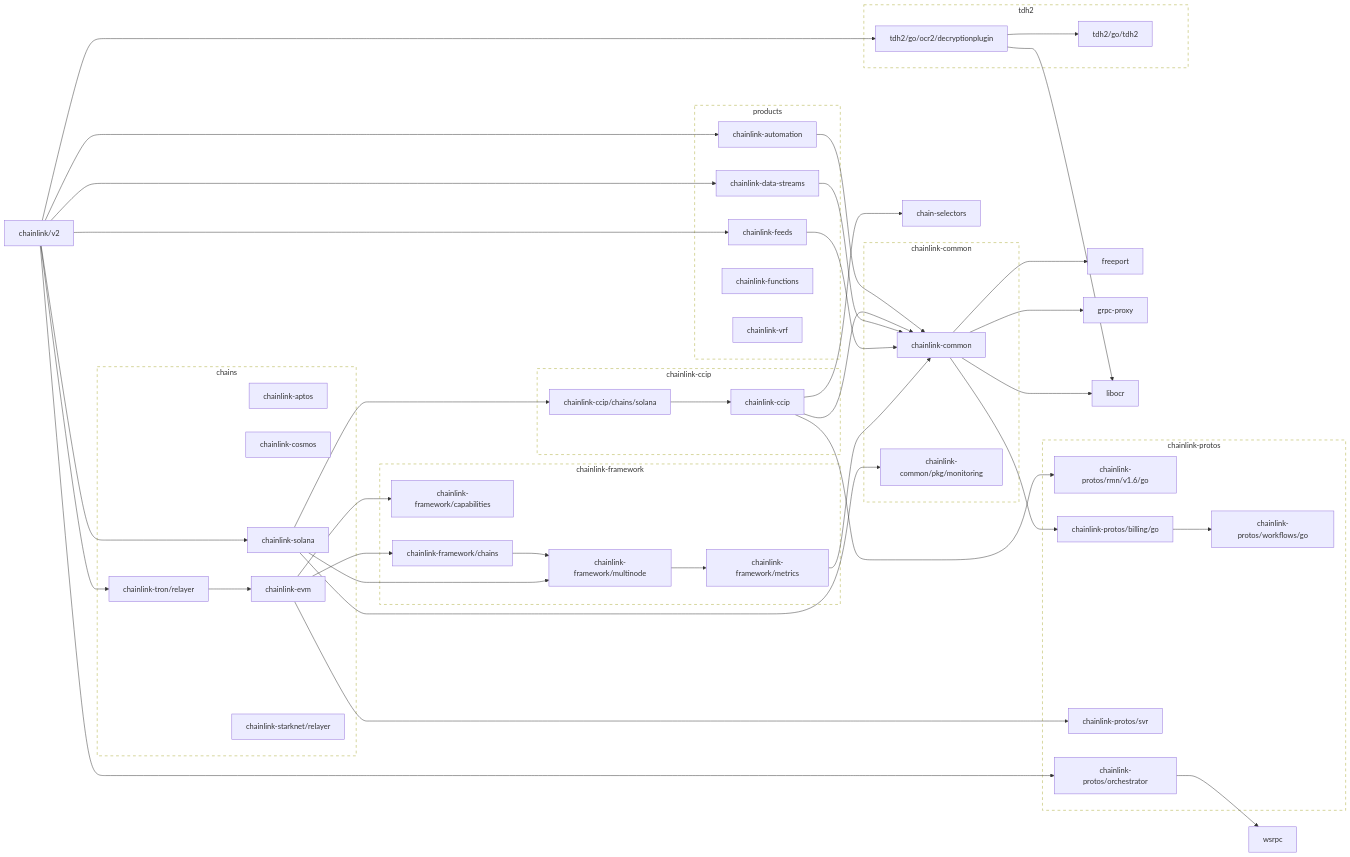
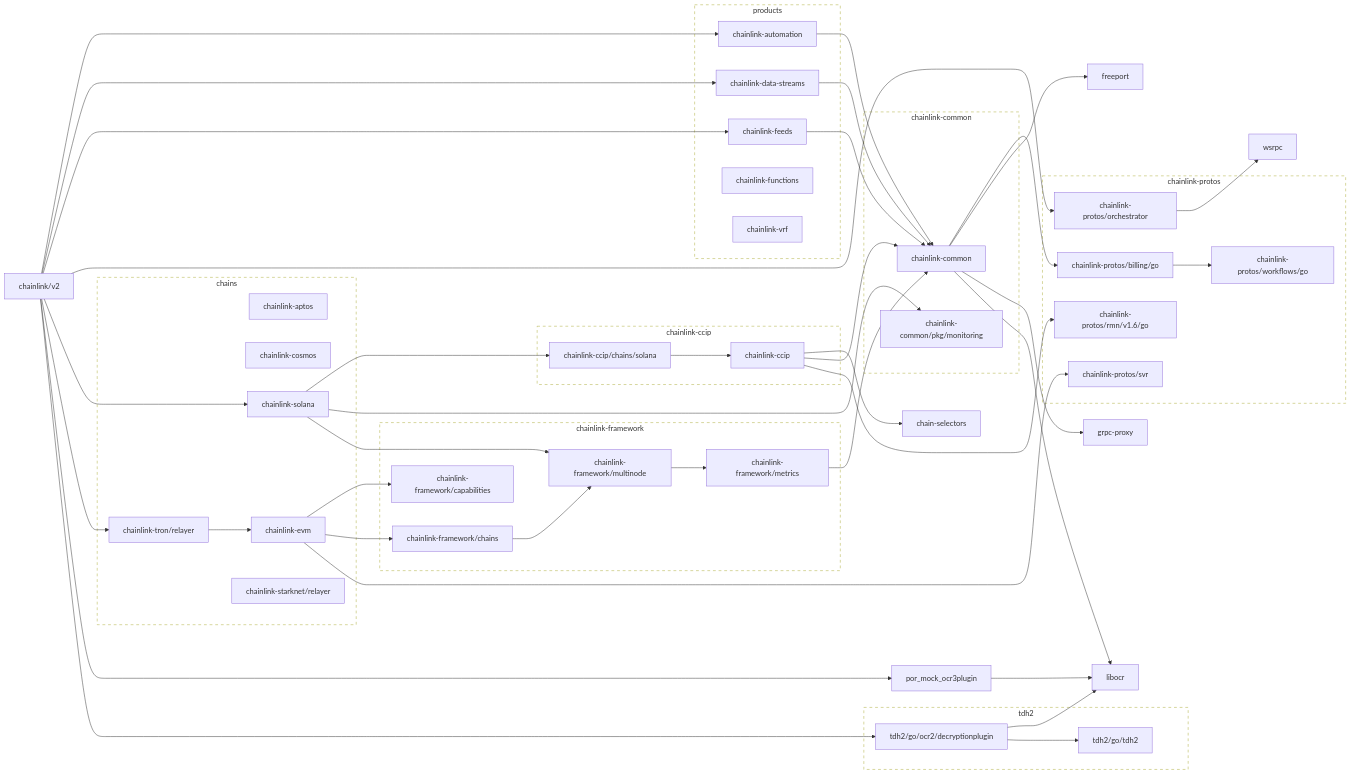
The first of 2 diagrams in go.md (JohnDaWalka/chainlink), drawn with Mermaid before and after one commit. The commit also changed other lines of this file and 5 other files, not shown here.

```diff
--- a/go.md
+++ b/go.md
@@ -77,6 +77,7 @@
 	chainlink/v2 --> chainlink-protos/orchestrator
 	chainlink/v2 --> chainlink-solana
 	chainlink/v2 --> chainlink-tron/relayer
+	chainlink/v2 --> por_mock_ocr3plugin
 	chainlink/v2 --> tdh2/go/ocr2/decryptionplugin
 	click chainlink/v2 href "https://github.com/smartcontractkit/chainlink"
 	freeport
@@ -85,6 +86,8 @@
 	click grpc-proxy href "https://github.com/smartcontractkit/grpc-proxy"
 	libocr
 	click libocr href "https://github.com/smartcontractkit/libocr"
+	por_mock_ocr3plugin --> libocr
+	click por_mock_ocr3plugin href "https://github.com/smartcontractkit/por_mock_ocr3plugin"
 	tdh2/go/ocr2/decryptionplugin --> libocr
 	tdh2/go/ocr2/decryptionplugin --> tdh2/go/tdh2
 	click tdh2/go/ocr2/decryptionplugin href "https://github.com/smartcontractkit/tdh2"
```
